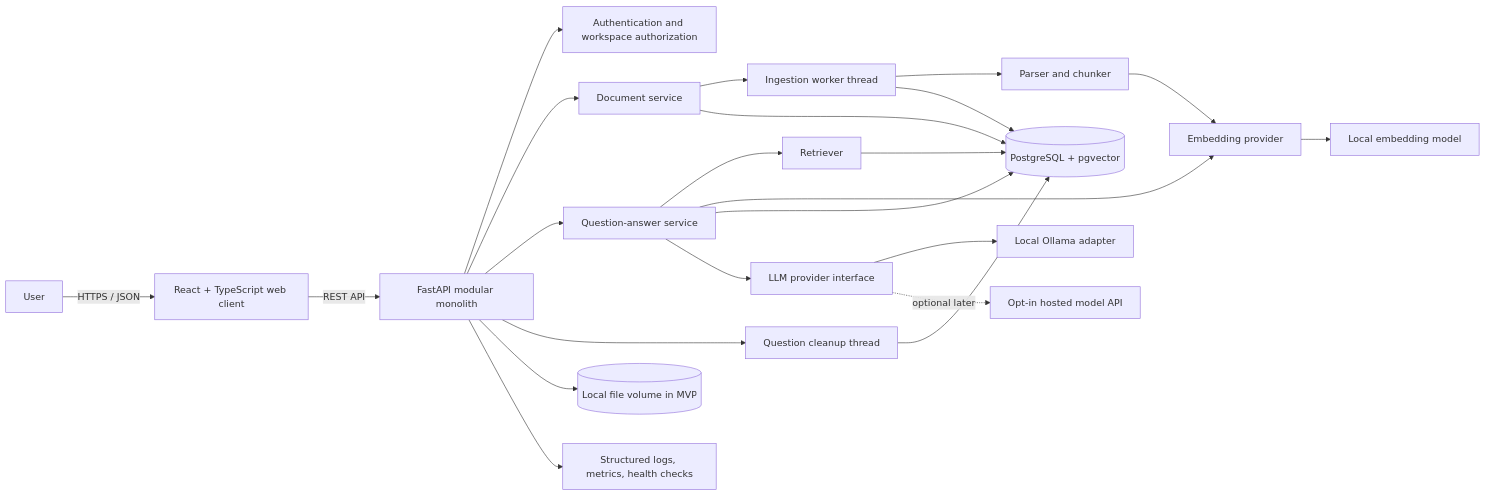
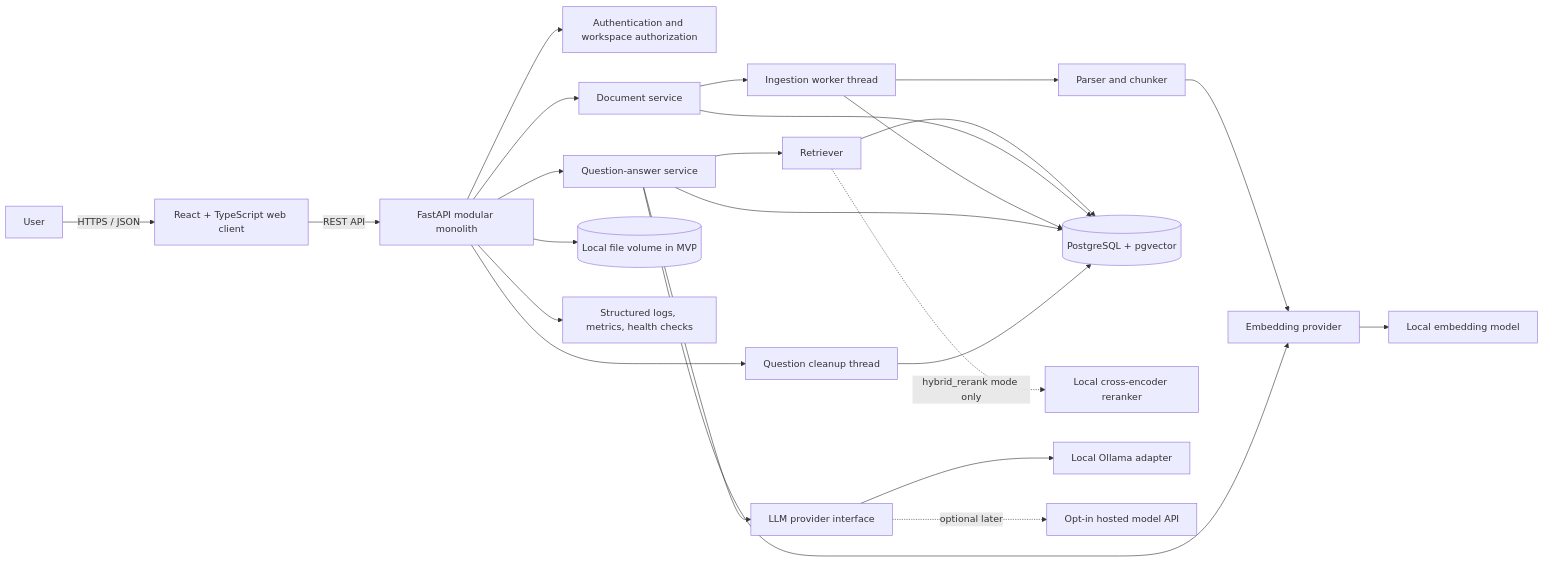
The first of 4 diagrams in docs/specification/README.md (tatpudiarvind/evidence-backed-knowledge-assistant), drawn with Mermaid before and after one commit. The commit also changed other lines of this file and 19 other files, not shown here.

````diff
--- a/docs/specification/README.md
+++ b/docs/specification/README.md
@@ -73,25 +73,26 @@
 ```mermaid
 flowchart LR
     U[User] -->|HTTPS / JSON| WEB[React + TypeScript web client]
     WEB -->|REST API| API[FastAPI modular monolith]
     API --> AUTH[Authentication and workspace authorization]
     API --> DOC[Document service]
     API --> QA[Question-answer service]
     DOC --> ING[Ingestion worker thread]
     ING --> PARSE[Parser and chunker]
     PARSE --> EMB[Embedding provider]
     QA --> RET[Retriever]
     QA --> EMB
     RET --> DB[(PostgreSQL + pgvector)]
+    RET -. hybrid_rerank mode only .-> RERANK[Local cross-encoder reranker]
     DOC --> DB
     ING --> DB
     QA --> DB
     API --> CLEAN[Question cleanup thread]
     CLEAN --> DB
     API --> STORE[(Local file volume in MVP)]
     QA --> LLM[LLM provider interface]
     EMB --> LOCAL[Local embedding model]
     LLM --> OLLAMA[Local Ollama adapter]
     LLM -. optional later .-> HOSTED[Opt-in hosted model API]
     API --> OBS[Structured logs, metrics, health checks]
 ```
````
